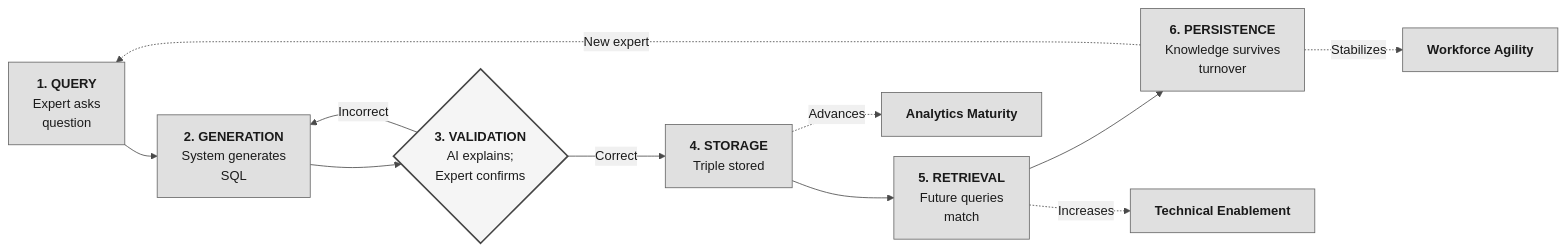
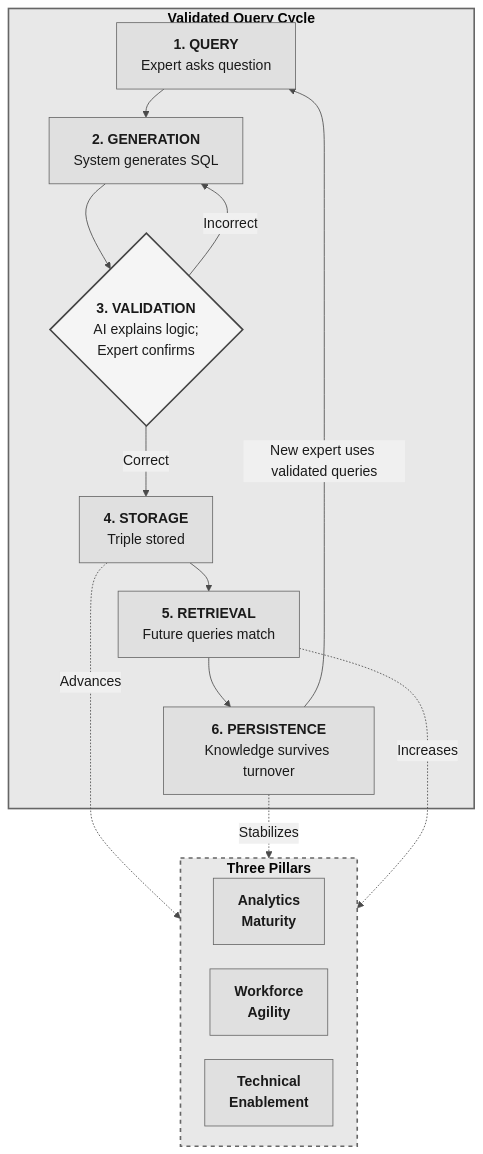
Before and after one commit to stharrold/yuimedi-paper-20250901: the diagram in figures/knowledge-cycle.mmd, drawn with Mermaid. The commit also changed 3 other files, not shown here.

First line of the commit message:
fix(paper): revert Figure 2 to top-to-bottom layout with two subgroups

```diff
--- a/figures/knowledge-cycle.mmd
+++ b/figures/knowledge-cycle.mmd
@@ -1,20 +1,38 @@
-%%{init: {'theme': 'base', 'flowchart': {'useMaxWidth': false, 'markdownAutoWrap': false, 'nodeSpacing': 25, 'rankSpacing': 40}, 'themeVariables': { 'primaryColor': '#e0e0e0', 'primaryTextColor': '#1a1a1a', 'primaryBorderColor': '#666', 'lineColor': '#4a4a4a', 'secondaryColor': '#f0f0f0', 'tertiaryColor': '#fafafa', 'fontFamily': 'Arial, sans-serif', 'fontSize': '12pt'}}}%%
-flowchart LR
-    %% Validated Query Cycle - Compact left-to-right layout
+%%{init: {'theme': 'base', 'flowchart': {'useMaxWidth': false, 'markdownAutoWrap': false, 'nodeSpacing': 30, 'rankSpacing': 35}, 'themeVariables': { 'primaryColor': '#e0e0e0', 'primaryTextColor': '#1a1a1a', 'primaryBorderColor': '#666', 'lineColor': '#4a4a4a', 'secondaryColor': '#f0f0f0', 'tertiaryColor': '#fafafa', 'fontFamily': 'Arial, sans-serif', 'fontSize': '13pt'}}}%%
+flowchart TB
+    %% Validated Query Cycle - Compact version
 
-    Q["<b>1. QUERY</b><br/>Expert asks<br/>question"] --> G["<b>2. GENERATION</b><br/>System generates<br/>SQL"]
-    G --> V{"<b>3. VALIDATION</b><br/>AI explains;<br/>Expert confirms"}
-    V -->|"Correct"| S["<b>4. STORAGE</b><br/>Triple stored"]
+    subgraph CYCLE["<b>Validated Query Cycle</b>"]
+        Q["<b>1. QUERY</b><br/>Expert asks question"]
+        G["<b>2. GENERATION</b><br/>System generates SQL"]
+        V{"<b>3. VALIDATION</b><br/>AI explains logic;<br/>Expert confirms"}
+        S["<b>4. STORAGE</b><br/>Triple stored"]
+        R["<b>5. RETRIEVAL</b><br/>Future queries match"]
+        P["<b>6. PERSISTENCE</b><br/>Knowledge survives turnover"]
+    end
+
+    subgraph PILLARS["<b>Three Pillars</b>"]
+        direction LR
+        M["<b>Analytics<br/>Maturity</b>"]
+        T["<b>Workforce<br/>Agility</b>"]
+        B["<b>Technical<br/>Enablement</b>"]
+    end
+
+    %% Main cycle flow
+    Q --> G --> V
+    V -->|"Correct"| S --> R --> P
     V -->|"Incorrect"| G
-    S --> R["<b>5. RETRIEVAL</b><br/>Future queries<br/>match"]
-    R --> P["<b>6. PERSISTENCE</b><br/>Knowledge survives<br/>turnover"]
-    P -.->|"New expert"| Q
+    P -->|"New expert uses validated queries"| Q
 
-    %% Three Pillars below
-    S -.->|"Advances"| M["<b>Analytics Maturity</b>"]
-    R -.->|"Increases"| B["<b>Technical Enablement</b>"]
-    P -.->|"Stabilizes"| T["<b>Workforce Agility</b>"]
+    %% How cycle advances each pillar
+    S -.->|"Advances"| M
+    P -.->|"Stabilizes"| T
+    R -.->|"Increases"| B
 
     %% Styling
+    classDef group fill:#e8e8e8,stroke:#666,stroke-width:2px
+    classDef dashedGroup fill:#e8e8e8,stroke:#666,stroke-width:2px,stroke-dasharray:5 5
     classDef decision fill:#f5f5f5,stroke:#444,stroke-width:2px
+    class CYCLE group
+    class PILLARS dashedGroup
     class V decision
```
